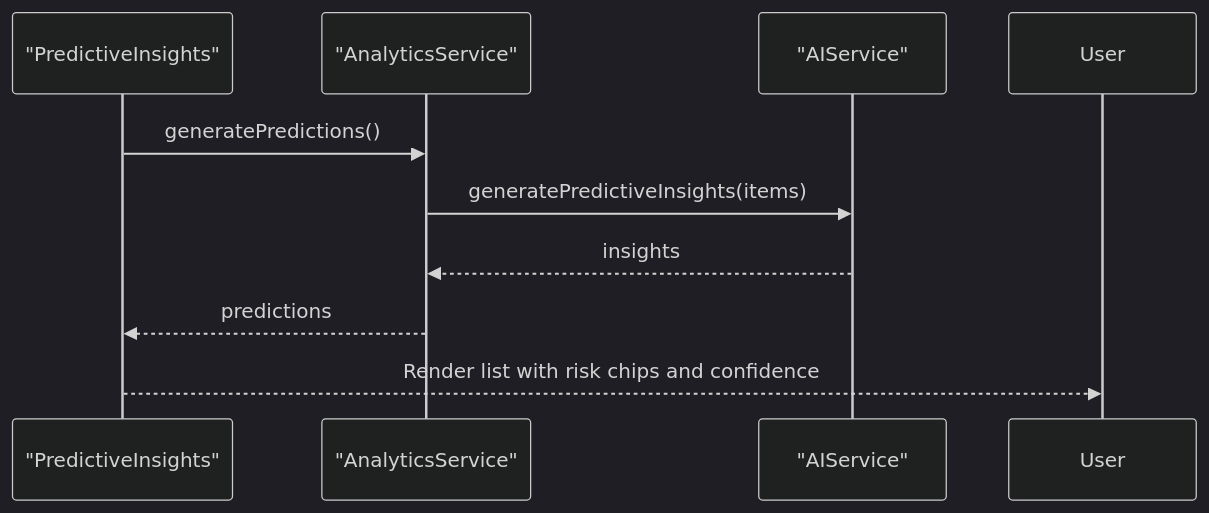
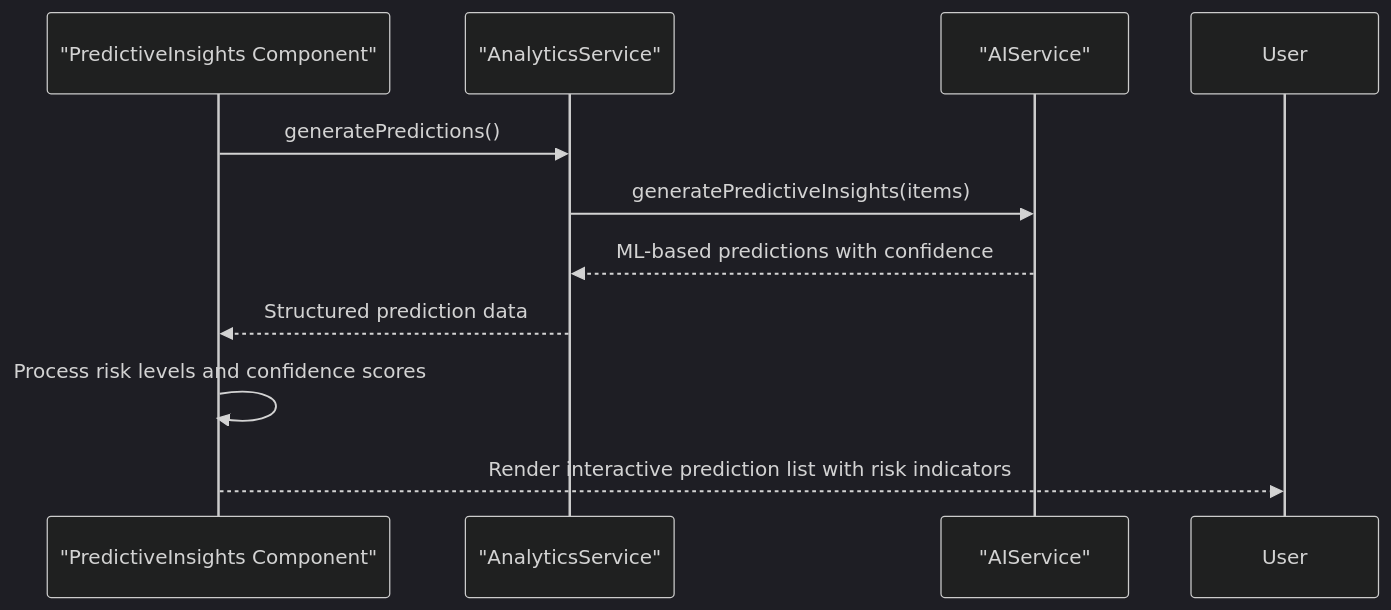
The seventh of 9 diagrams in .qoder/repowiki/en/content/Core Features/Reports and Analytics.md (cacamarica/dashboard-ai), drawn with Mermaid (dark theme) before and after one commit. The commit also changed other lines of this file and 14 other files, not shown here.

````diff
--- a/.qoder/repowiki/en/content/Core Features/Reports and Analytics.md
+++ b/.qoder/repowiki/en/content/Core Features/Reports and Analytics.md
@@ -309,11 +338,12 @@
 ```mermaid
 sequenceDiagram
-participant Comp as "PredictiveInsights"
+participant Comp as "PredictiveInsights Component"
 participant AS as "AnalyticsService"
 participant AIS as "AIService"
 Comp->>AS : generatePredictions()
 AS->>AIS : generatePredictiveInsights(items)
-AIS-->>AS : insights
-AS-->>Comp : predictions
-Comp-->>User : Render list with risk chips and confidence
+AIS-->>AS : ML-based predictions with confidence
+AS-->>Comp : Structured prediction data
+Comp->>Comp : Process risk levels and confidence scores
+Comp-->>User : Render interactive prediction list with risk indicators
 ```
````
